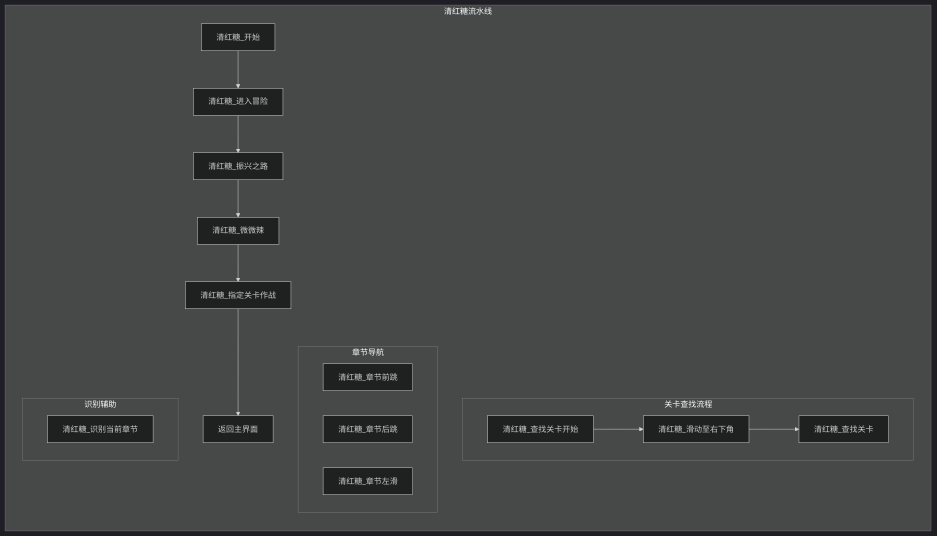
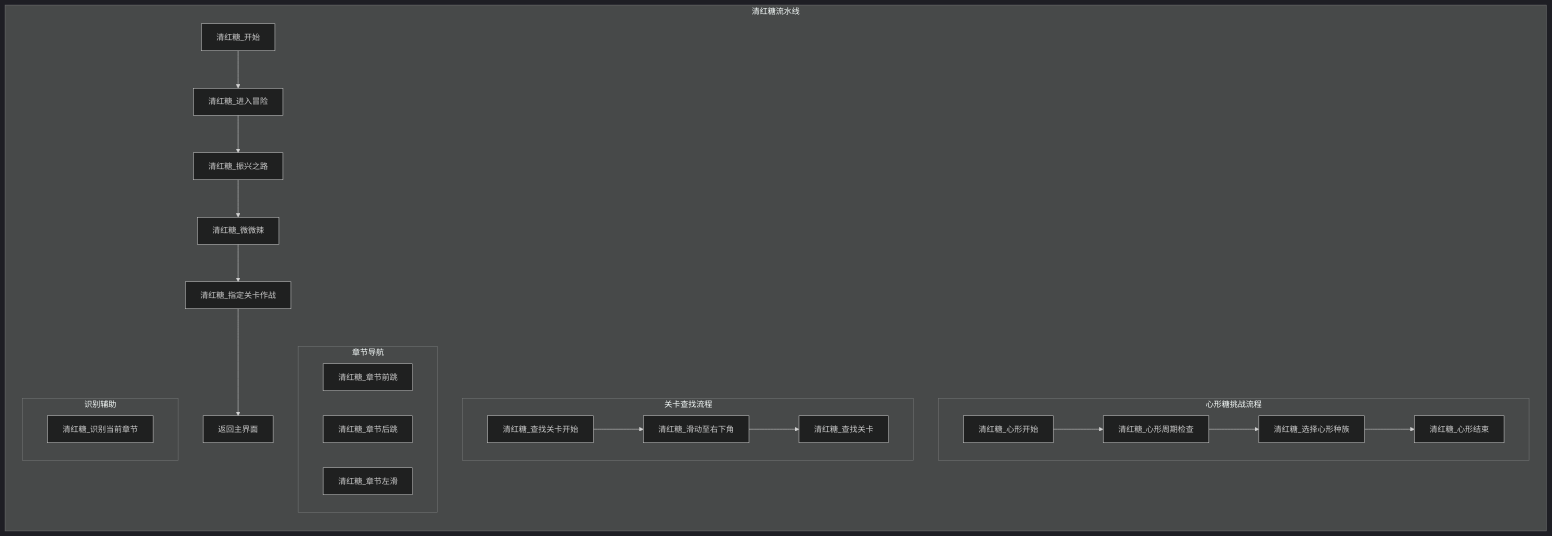
Before and after one commit to kqcoxn/MaaDuDuL: the fifth of 8 diagrams in .qoder/repowiki/zh/content/核心功能详解/日常任务功能/每日清红糖功能.md, drawn with Mermaid (dark theme). The commit also changed other lines of this file and 12 other files, not shown here.

````diff
--- a/.qoder/repowiki/zh/content/核心功能详解/日常任务功能/每日清红糖功能.md
+++ b/.qoder/repowiki/zh/content/核心功能详解/日常任务功能/每日清红糖功能.md
@@ -294,24 +297,31 @@
 ```mermaid
 graph LR
 subgraph "清红糖流水线"
 A[清红糖_开始] --> B[清红糖_进入冒险]
 B --> C[清红糖_振兴之路]
 C --> D[清红糖_微微辣]
 D --> E[清红糖_指定关卡作战]
 E --> F[返回主界面]
+subgraph "心形糖挑战流程"
+G[清红糖_心形开始]
+H[清红糖_心形周期检查]
+I[清红糖_选择心形种族]
+J[清红糖_心形结束]
+G --> H --> I --> J
+end
 subgraph "关卡查找流程"
-G[清红糖_查找关卡开始]
-H[清红糖_滑动至右下角]
-I[清红糖_查找关卡]
-G --> H --> I
+K[清红糖_查找关卡开始]
+L[清红糖_滑动至右下角]
+M[清红糖_查找关卡]
+K --> L --> M
 end
 subgraph "章节导航"
-J[清红糖_章节前跳]
-K[清红糖_章节后跳]
-L[清红糖_章节左滑]
+N[清红糖_章节前跳]
+O[清红糖_章节后跳]
+P[清红糖_章节左滑]
 end
 subgraph "识别辅助"
-M[清红糖_识别当前章节]
+Q[清红糖_识别当前章节]
 end
 end
 ```
````
